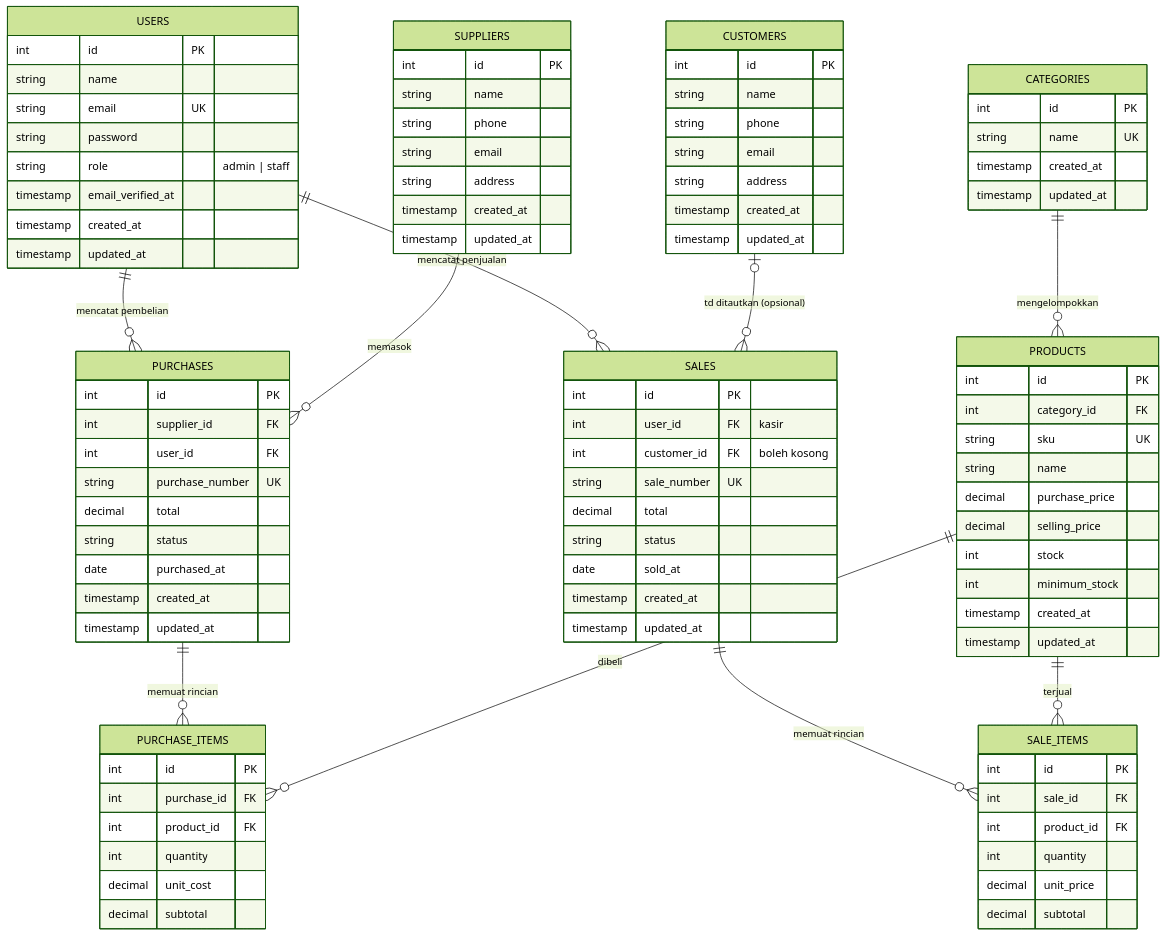
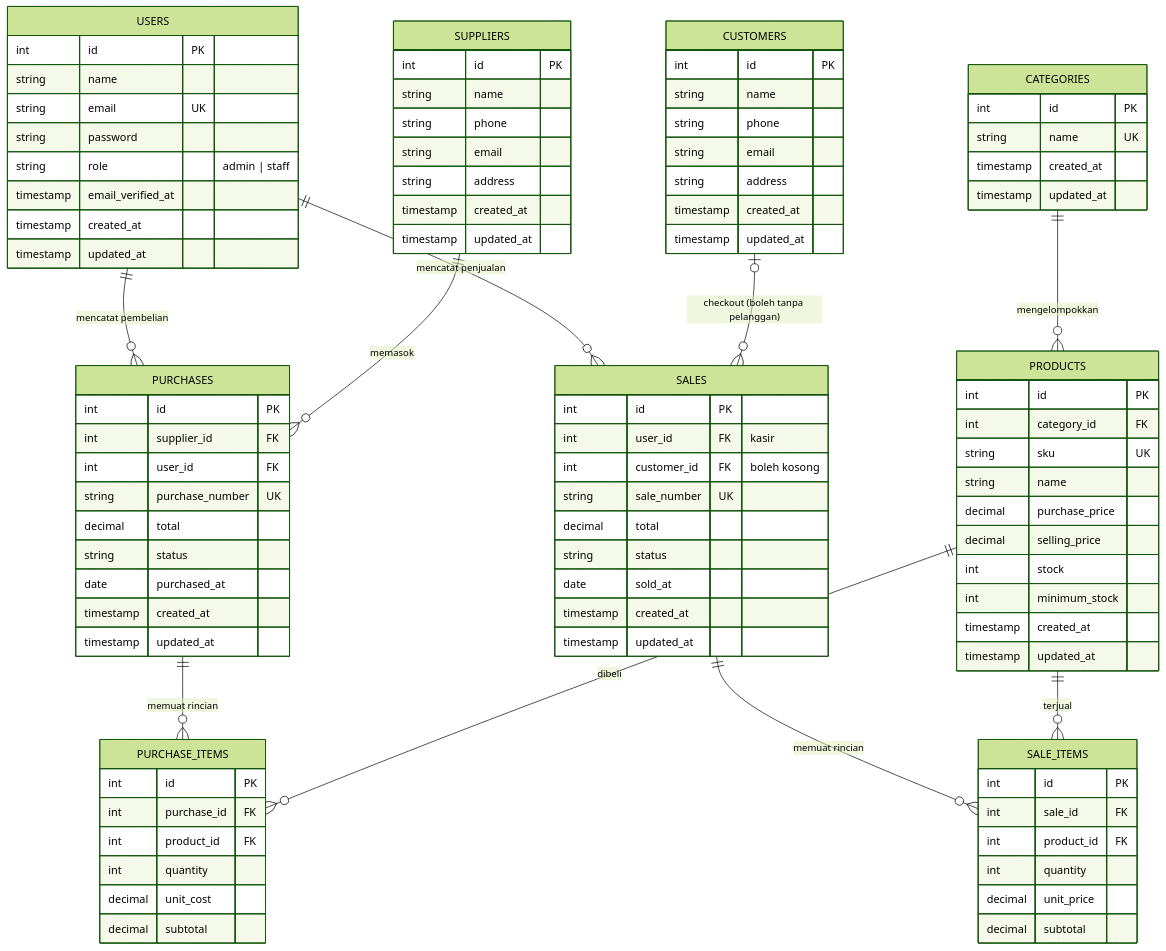
Before and after one commit to Ashwaarfikaa/ProjectSalesLaravel: the diagram in ERD.md, drawn with Mermaid (forest theme). The commit also changed 1 other file, not shown here.

Commit message:
docs: perbaiki kode diagram ERD agar dapat dirender GitHub

```diff
--- a/ERD.md
+++ b/ERD.md
@@ -12,7 +12,7 @@
     SUPPLIERS ||--o{ PURCHASES : "memasok"
     PURCHASES ||--o{ PURCHASE_ITEMS : "memuat rincian"
     PRODUCTS ||--o{ PURCHASE_ITEMS : "dibeli"
-    CUSTOMERS |o--o{ SALES : "td ditautkan (opsional)"
+    CUSTOMERS |o--o{ SALES : "checkout (boleh tanpa pelanggan)"
     SALES ||--o{ SALE_ITEMS : "memuat rincian"
     PRODUCTS ||--o{ SALE_ITEMS : "terjual"
 
```
